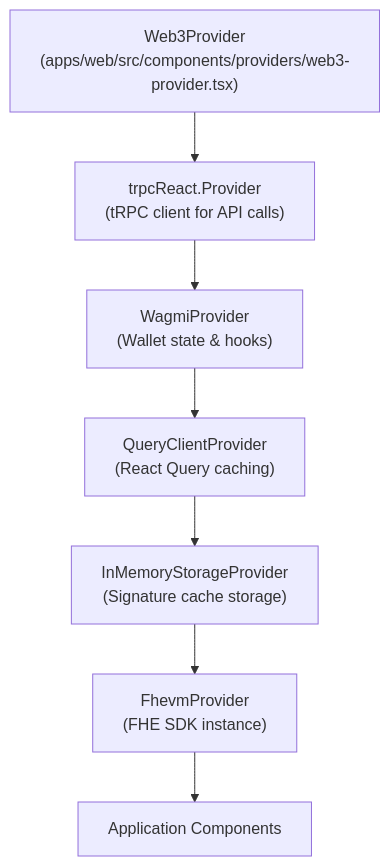
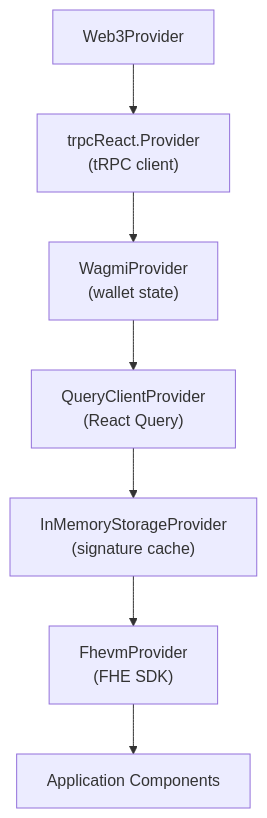
One commit to gustavovalverde/zentity changed the sixth of 9 diagrams in docs/web3-architecture.md. Above: the diagram before and after it, drawn with Mermaid. The commit also changed other lines of this file and 19 other files, not shown here.

First line of the commit message:
docs: overhaul architecture docs and navigation

````diff
--- a/docs/web3-architecture.md
+++ b/docs/web3-architecture.md
@@ -151,9 +286,9 @@
 ```mermaid
 graph TD
-    A["Web3Provider<br/>(apps/web/src/components/providers/web3-provider.tsx)"] --> B["trpcReact.Provider<br/>(tRPC client for API calls)"]
-    B --> C["WagmiProvider<br/>(Wallet state & hooks)"]
-    C --> D["QueryClientProvider<br/>(React Query caching)"]
-    D --> E["InMemoryStorageProvider<br/>(Signature cache storage)"]
-    E --> F["FhevmProvider<br/>(FHE SDK instance)"]
-    F --> G["Application Components"]
+  A["Web3Provider"] --> B["trpcReact.Provider\n(tRPC client)"]
+  B --> C["WagmiProvider\n(wallet state)"]
+  C --> D["QueryClientProvider\n(React Query)"]
+  D --> E["InMemoryStorageProvider\n(signature cache)"]
+  E --> F["FhevmProvider\n(FHE SDK)"]
+  F --> G["Application Components"]
 ```
````
